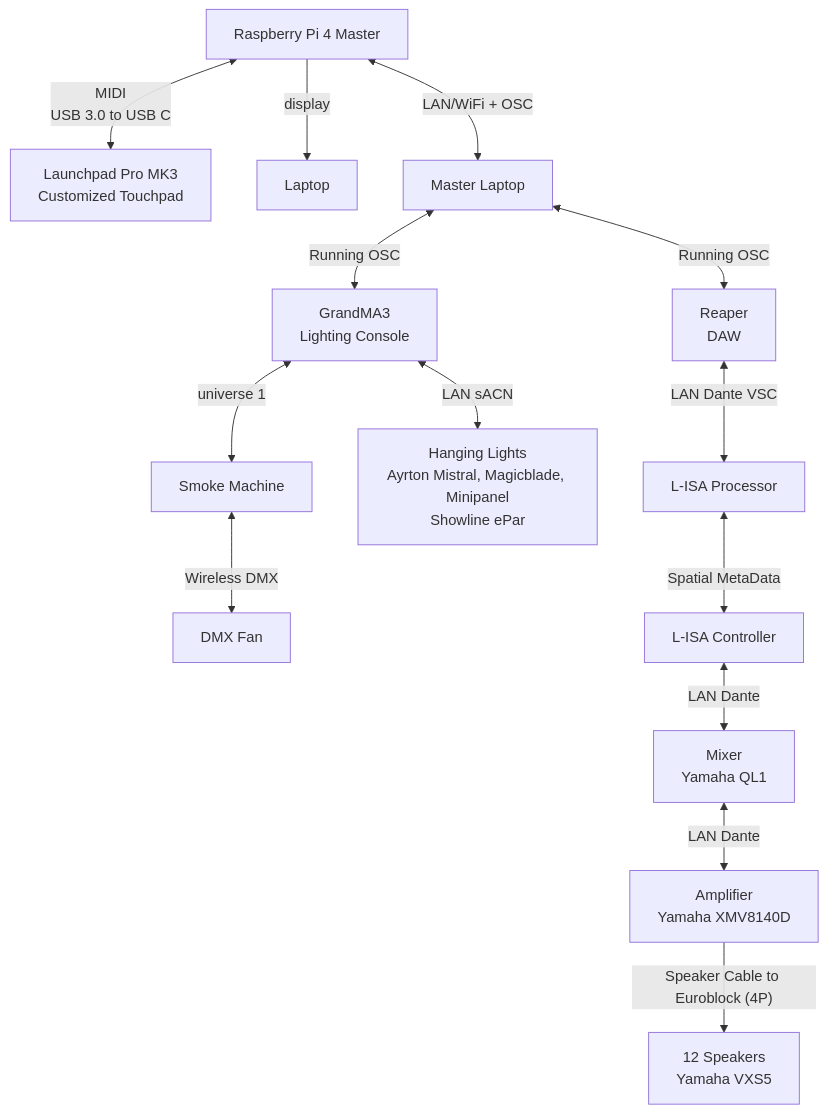
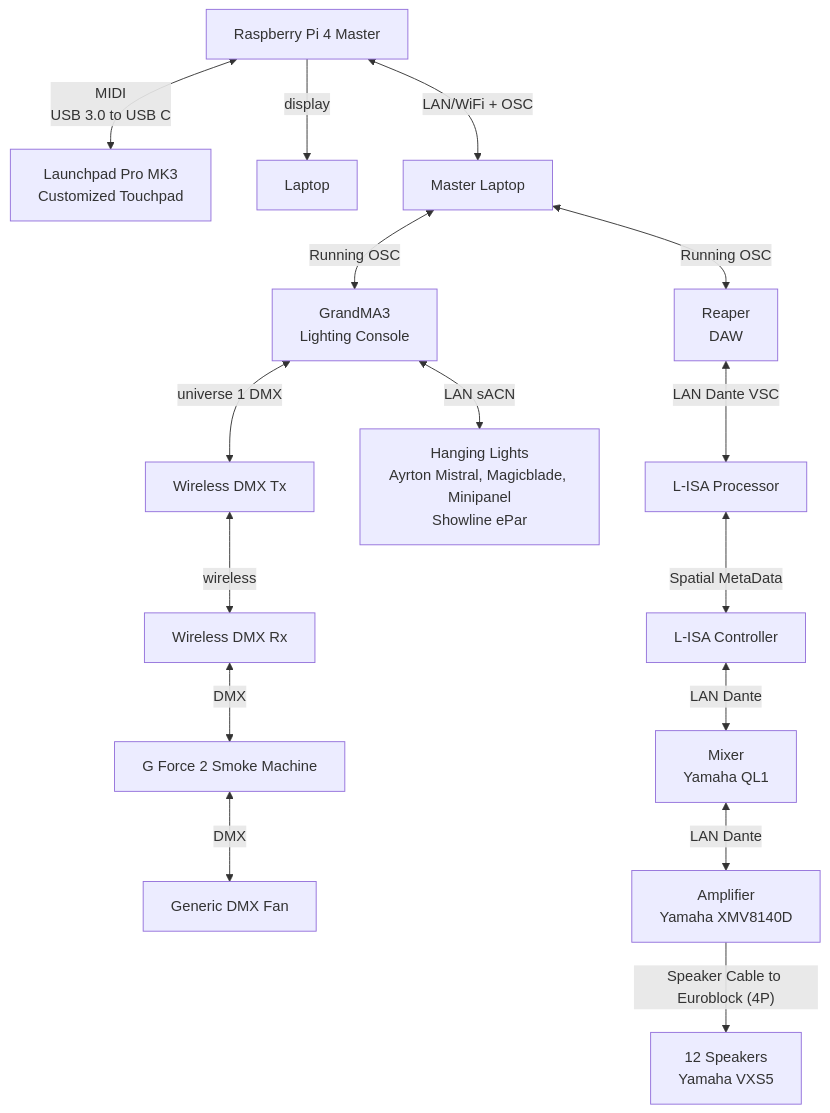
One commit to uselesskcid/EGL314-Project-S.O.N.I.C-Team-C- changed the diagram in Documentation/SystemDiagram.md. Above: the diagram before and after it, drawn with Mermaid.

````diff
--- a/Documentation/SystemDiagram.md
+++ b/Documentation/SystemDiagram.md
@@ -2,20 +2,22 @@
 ```mermaid
 graph TD
 A <--MIDI<br>USB 3.0 to USB C--> K[Launchpad Pro MK3<br>Customized Touchpad] 
 A --display--> O[Laptop]
 A[Raspberry Pi 4 Master] <--LAN/WiFi + OSC --> B[Master Laptop]
 
 B <--Running OSC--> C[Reaper DAW]
 B <--Running OSC--> D[GrandMA3<br>Lighting Console]
 
 C[Reaper<br>DAW] <--LAN Dante VSC --> F[L-ISA Processor]
 
 D <--LAN sACN--> E[Hanging Lights<br>Ayrton Mistral, Magicblade, Minipanel<br>Showline ePar]
-D <--universe 1--> M[Smoke Machine]
-M <--Wireless DMX--> N[DMX Fan]
+D <--universe 1 DMX--> M[Wireless DMX Tx]
+M <--wireless--> N[Wireless DMX Rx]
+N <--DMX--> P[G Force 2 Smoke Machine]
+P <--DMX--> Q[Generic DMX Fan]
 
 F <--Spatial MetaData--> G[L-ISA Controller]
 G <--LAN Dante--> H[Mixer<br>Yamaha QL1]
 H <--LAN Dante--> I[Amplifier<br>Yamaha XMV8140D]
 I --Speaker Cable to Euroblock (4P)--> J[12 Speakers<br>Yamaha VXS5]
 ```
````
